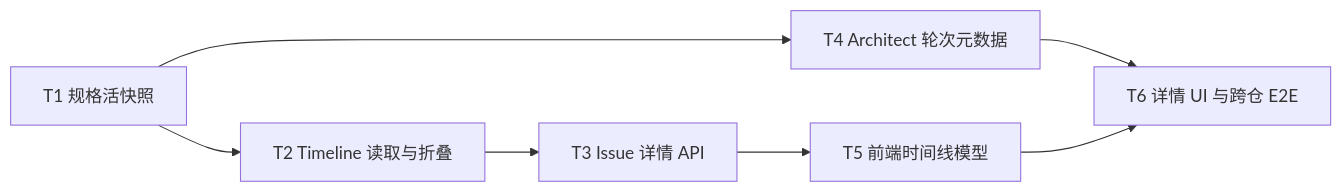
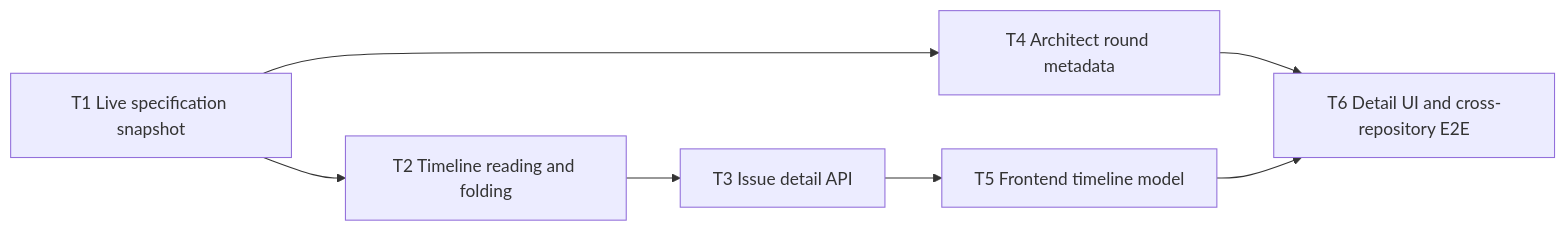
Before and after one commit to Curry09/AHE-Beta: the diagram in docs/specs/0039-issue-state-timeline.md, drawn with Mermaid. The commit also changed other lines of this file and 531 other files, not shown here.

````diff
--- a/docs/specs/0039-issue-state-timeline.md
+++ b/docs/specs/0039-issue-state-timeline.md
@@ -292,15 +292,15 @@
 ```mermaid
 graph LR
-  T1[T1 规格活快照]
-  T2[T2 Timeline 读取与折叠]
-  T3[T3 Issue 详情 API]
-  T4[T4 Architect 轮次元数据]
-  T5[T5 前端时间线模型]
-  T6[T6 详情 UI 与跨仓 E2E]
+  T1[T1 Live specification snapshot]
+  T2[T2 Timeline reading and folding]
+  T3[T3 Issue detail API]
+  T4[T4 Architect round metadata]
+  T5[T5 Frontend timeline model]
+  T6[T6 Detail UI and cross-repository E2E]
   T1 --> T2
   T1 --> T4
   T2 --> T3
   T3 --> T5
   T4 --> T6
   T5 --> T6
 ```
````
